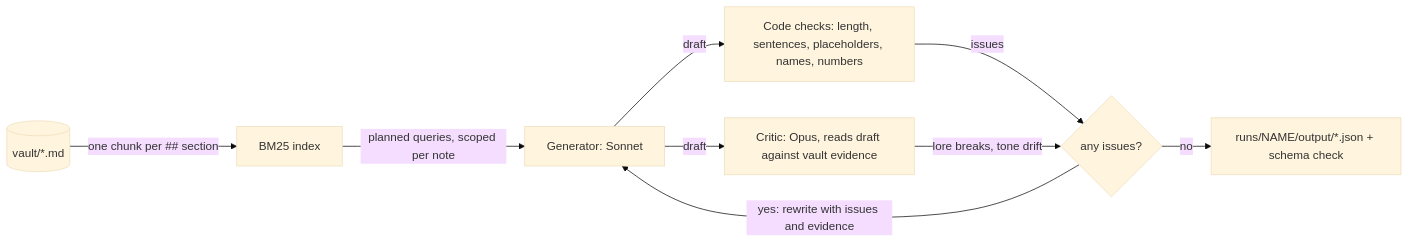
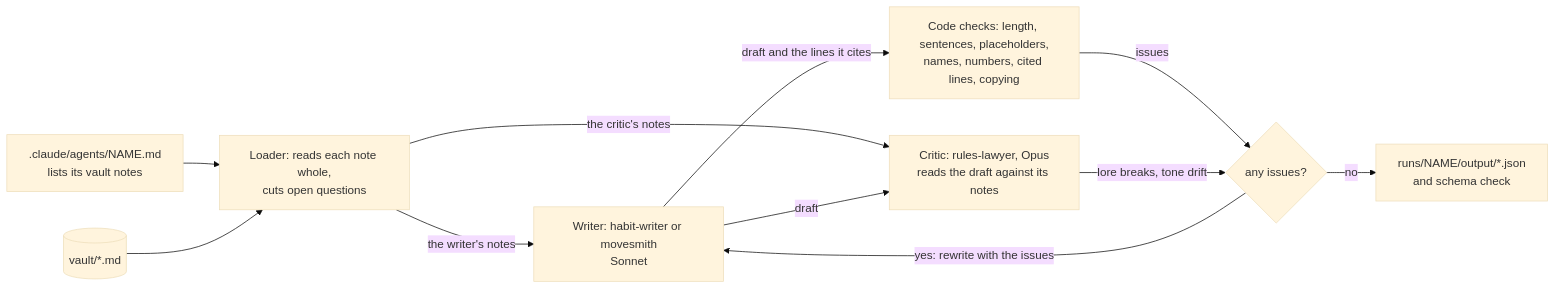
The first of 2 diagrams in README.md (Andreas203/yokai-fighters), drawn with Mermaid (base theme) before and after one commit. The commit also changed other lines of this file and 59 other files, not shown here.

First line of the commit message:
YOK-content-pipeline-whole-notes: agents read whole vault notes, no chunking

````diff
--- a/README.md
+++ b/README.md
@@ -134,11 +136,13 @@
 ```mermaid
 flowchart LR
-    V[(vault/*.md)] -->|one chunk per ## section| I[BM25 index]
-    I -->|planned queries, scoped per note| G[Generator: Sonnet]
-    G -->|draft| C1[Code checks: length, sentences, placeholders, names, numbers]
-    G -->|draft| C2[Critic: Opus, reads draft against vault evidence]
+    A[".claude/agents/NAME.md<br/>lists its vault notes"] --> L["Loader: reads each note whole,<br/>cuts open questions"]
+    V[(vault/*.md)] --> L
+    L -->|the writer's notes| W["Writer: habit-writer or movesmith<br/>Sonnet"]
+    L -->|the critic's notes| C2["Critic: rules-lawyer, Opus<br/>reads the draft against its notes"]
+    W -->|draft and the lines it cites| C1["Code checks: length, sentences, placeholders,<br/>names, numbers, cited lines, copying"]
+    W -->|draft| C2
     C1 -->|issues| R{any issues?}
     C2 -->|lore breaks, tone drift| R
-    R -->|yes: rewrite with issues and evidence| G
-    R -->|no| O[runs/NAME/output/*.json + schema check]
+    R -->|yes: rewrite with the issues| W
+    R -->|no| O["runs/NAME/output/*.json<br/>and schema check"]
 ```
````
